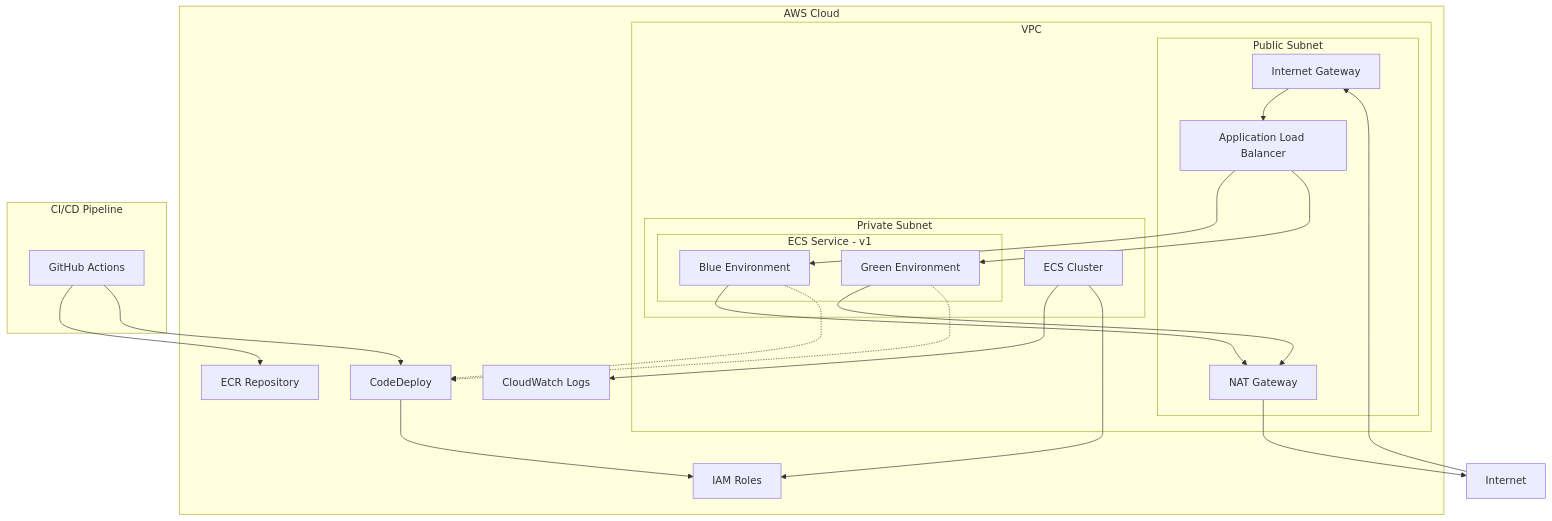
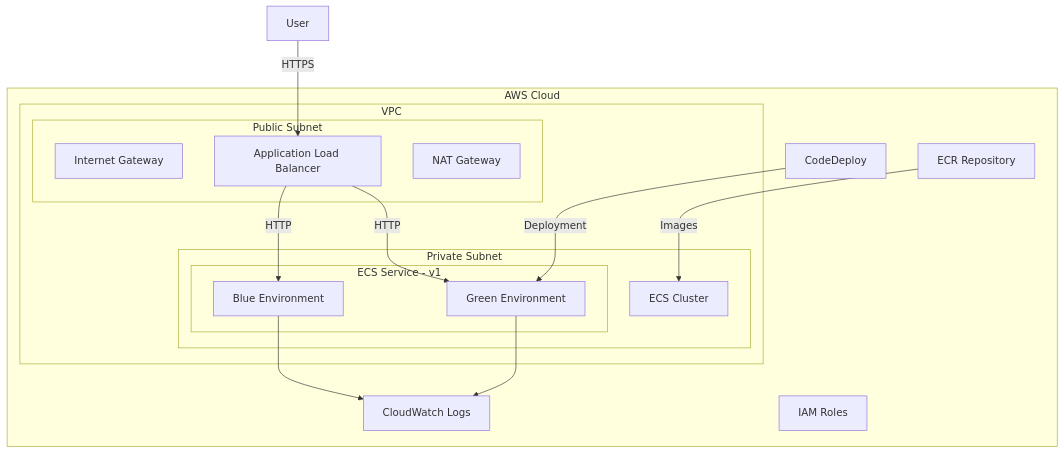
Before and after one commit to mvdmakesthings/fastapi-bootstrap: the diagram in docs/infrastructure.md, drawn with Mermaid. The commit also changed other lines of this file and 12 other files, not shown here.

````diff
--- a/docs/infrastructure.md
+++ b/docs/infrastructure.md
@@ -27,48 +33,33 @@
 ```mermaid
 graph TD
     subgraph "AWS Cloud"
         subgraph "VPC"
             subgraph "Public Subnet"
                 IGW[Internet Gateway]
                 ALB[Application Load Balancer]
                 NAT[NAT Gateway]
             end
 
             subgraph "Private Subnet"
                 ECS[ECS Cluster]
                 subgraph "ECS Service - v1"
                     BLUE[Blue Environment]
                     GREEN[Green Environment]
                 end
             end
         end
 
         ECR[ECR Repository]
         CW[CloudWatch Logs]
         CD[CodeDeploy]
         IAM[IAM Roles]
     end
 
-    subgraph "CI/CD Pipeline"
-        GH[GitHub Actions]
-    end
-
-    Internet --> IGW
-    IGW --> ALB
-    ALB --> BLUE
-    ALB --> GREEN
-    NAT --> Internet
-
-    BLUE --> NAT
-    GREEN --> NAT
-
-    ECS --> CW
-    BLUE -.-> CD
-    GREEN -.-> CD
-
-    GH --> ECR
-    GH --> CD
-
-    ECS --> IAM
-    CD --> IAM
+    User[User] -->|HTTPS| ALB
+    ALB -->|HTTP| BLUE
+    ALB -->|HTTP| GREEN
+    BLUE --> CW
+    GREEN --> CW
+    CD -->|Deployment| GREEN
+    ECR -->|Images| ECS
 ```
````
